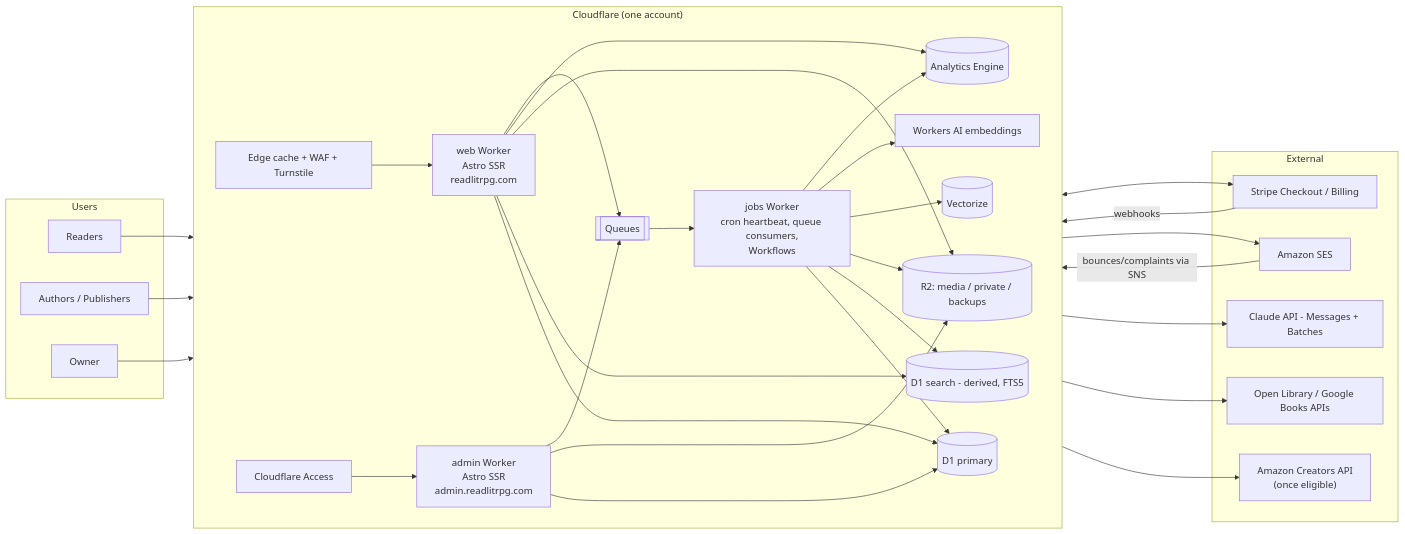
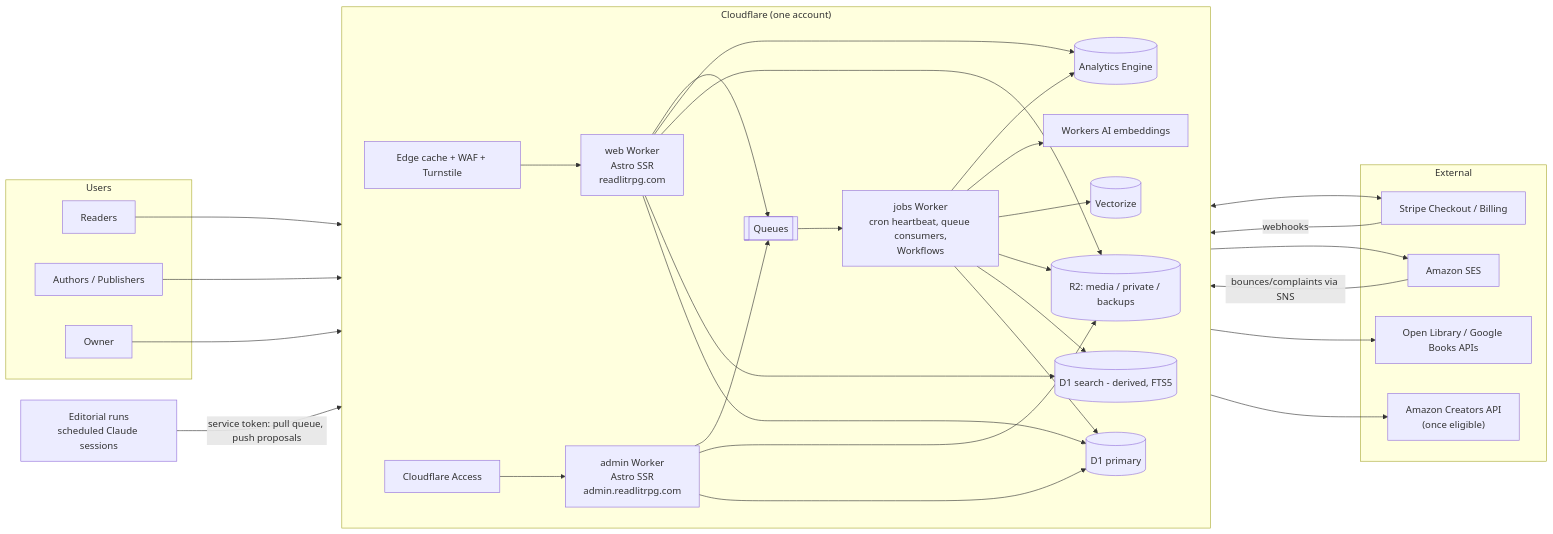
One commit to brocGit/readlitrpg.com changed the first of 4 diagrams in docs/DESIGN.md. Above: the diagram before and after it, drawn with Mermaid. The commit also changed other lines of this file and 2 other files, not shown here.

````diff
--- a/docs/DESIGN.md
+++ b/docs/DESIGN.md
@@ -311,45 +311,47 @@
 ```mermaid
 flowchart LR
   subgraph Users
     R[Readers]
     A[Authors / Publishers]
     O[Owner]
   end
 
   subgraph Cloudflare["Cloudflare (one account)"]
     direction LR
     EDGE[Edge cache + WAF + Turnstile]
     WEB["web Worker<br/>Astro SSR<br/>readlitrpg.com"]
     ADM["admin Worker<br/>Astro SSR<br/>admin.readlitrpg.com"]
     ACC[Cloudflare Access]
     JOBS["jobs Worker<br/>cron heartbeat, queue consumers,<br/>Workflows"]
     D1[(D1 primary)]
     D1S[(D1 search - derived, FTS5)]
     R2[(R2: media / private / backups)]
     Q[[Queues]]
     VEC[(Vectorize)]
     WAI[Workers AI embeddings]
     AE[(Analytics Engine)]
   end
 
   subgraph External
     STRIPE[Stripe Checkout / Billing]
     SES[Amazon SES]
-    CLAUDE[Claude API - Messages + Batches]
     OL[Open Library / Google Books APIs]
     AMZ["Amazon Creators API<br/>(once eligible)"]
   end
+
+  ED["Editorial runs<br/>scheduled Claude sessions"]
 
   R --> EDGE --> WEB
   A --> EDGE
   O --> ACC --> ADM
   WEB --> D1 & D1S & R2 & AE
   WEB --> Q
   ADM --> D1 & R2 & Q
   Q --> JOBS
   JOBS --> D1 & D1S & R2 & VEC & WAI & AE
-  JOBS --> CLAUDE & SES & OL & AMZ
+  JOBS --> SES & OL & AMZ
+  ED -- "service token: pull queue, push proposals" --> ACC
   WEB <--> STRIPE
   STRIPE -- webhooks --> WEB
   SES -- bounces/complaints via SNS --> WEB
 ```
````
